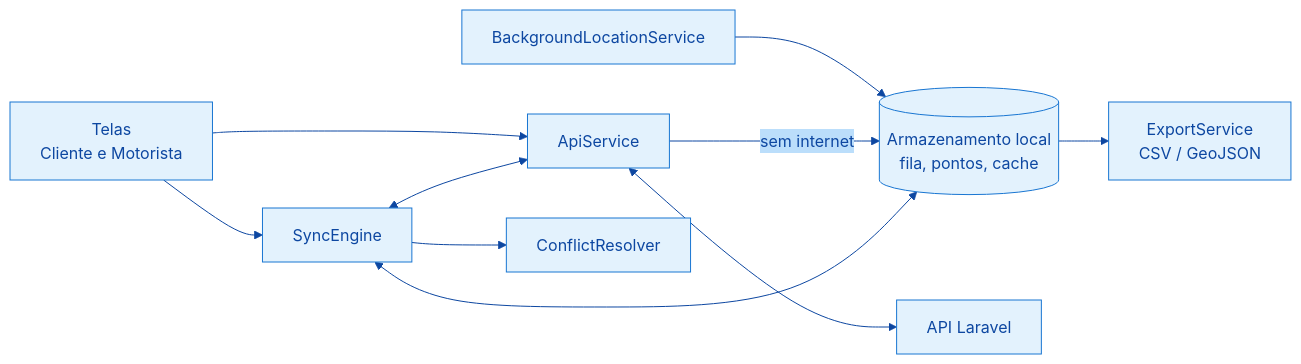
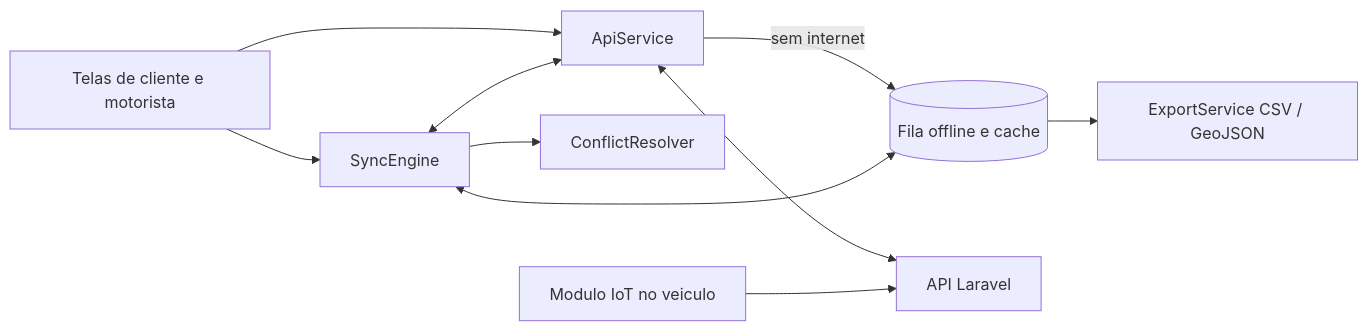
Before and after one commit to mariaclaraluz0/geo_sync_mobile: the diagram in README.md, drawn with Mermaid. The commit also changed other lines of this file and 25 other files, not shown here.

````diff
--- a/README.md
+++ b/README.md
@@ -119,13 +119,12 @@
 ```mermaid
-%%{init: {'theme':'base','themeVariables':{'primaryColor':'#E3F2FD','primaryBorderColor':'#1976D2','primaryTextColor':'#0D47A1','lineColor':'#0D47A1','secondaryColor':'#BBDEFB'}}}%%
 flowchart LR
-    UI[Telas<br/>Cliente e Motorista] --> API[ApiService]
+    UI[Telas de cliente e motorista] --> API[ApiService]
     UI --> SYNC[SyncEngine]
-    GPS[BackgroundLocationService] --> STORE[(Armazenamento local<br/>fila, pontos, cache)]
-    API -- sem internet --> STORE
+    API -- sem internet --> STORE[(Fila offline e cache)]
     SYNC <--> STORE
     SYNC --> CR[ConflictResolver]
     SYNC <--> API
     API <--> BE[API Laravel]
-    STORE --> EXP[ExportService<br/>CSV / GeoJSON]
+    IOT[Modulo IoT no veiculo] --> BE
+    STORE --> EXP[ExportService CSV / GeoJSON]
 ```
````
